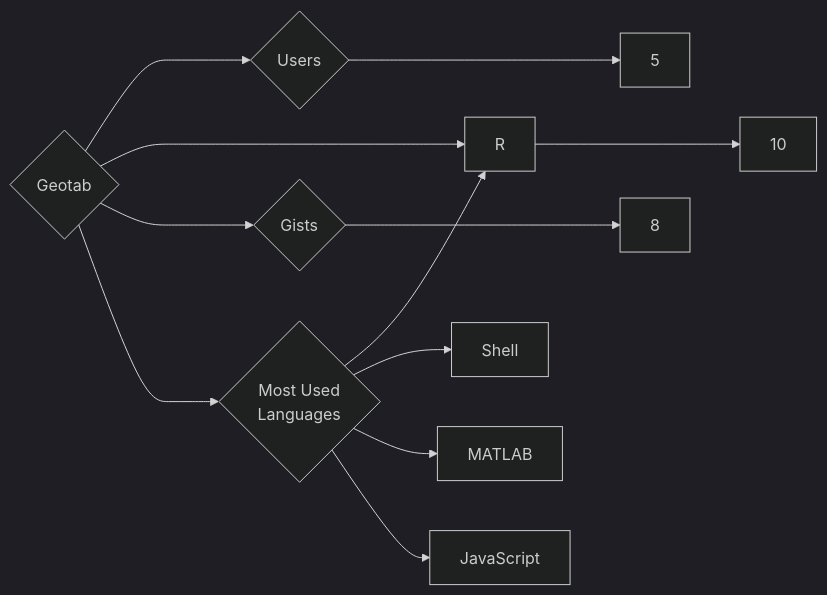
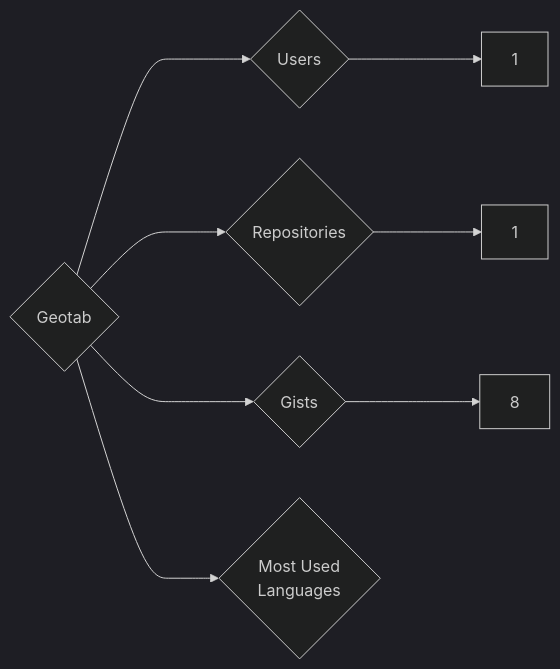
The diagram in targets/Geotab/README.md (trickest/insiders), drawn with Mermaid (dark theme) before and after one commit. The commit also changed 840 other files, not shown here.

````diff
--- a/targets/Geotab/README.md
+++ b/targets/Geotab/README.md
@@ -3,12 +3,8 @@
 ```mermaid
 graph LR
 COMPANY_NAME{Geotab}
-COMPANY_NAME ---> U{Users} ---> UN[5]
-COMPANY_NAME ---> R{Repositories} ---> RN[10]
+COMPANY_NAME ---> U{Users} ---> UN[1]
+COMPANY_NAME ---> R{Repositories} ---> RN[1]
 COMPANY_NAME ---> G{Gists} ---> GN[8]
 COMPANY_NAME ---> ML{Most Used<br>Languages}
-ML --> R[R]
-ML --> Shell[Shell]
-ML --> MATLAB[MATLAB]
-ML --> JavaScript[JavaScript]
 ```
````
